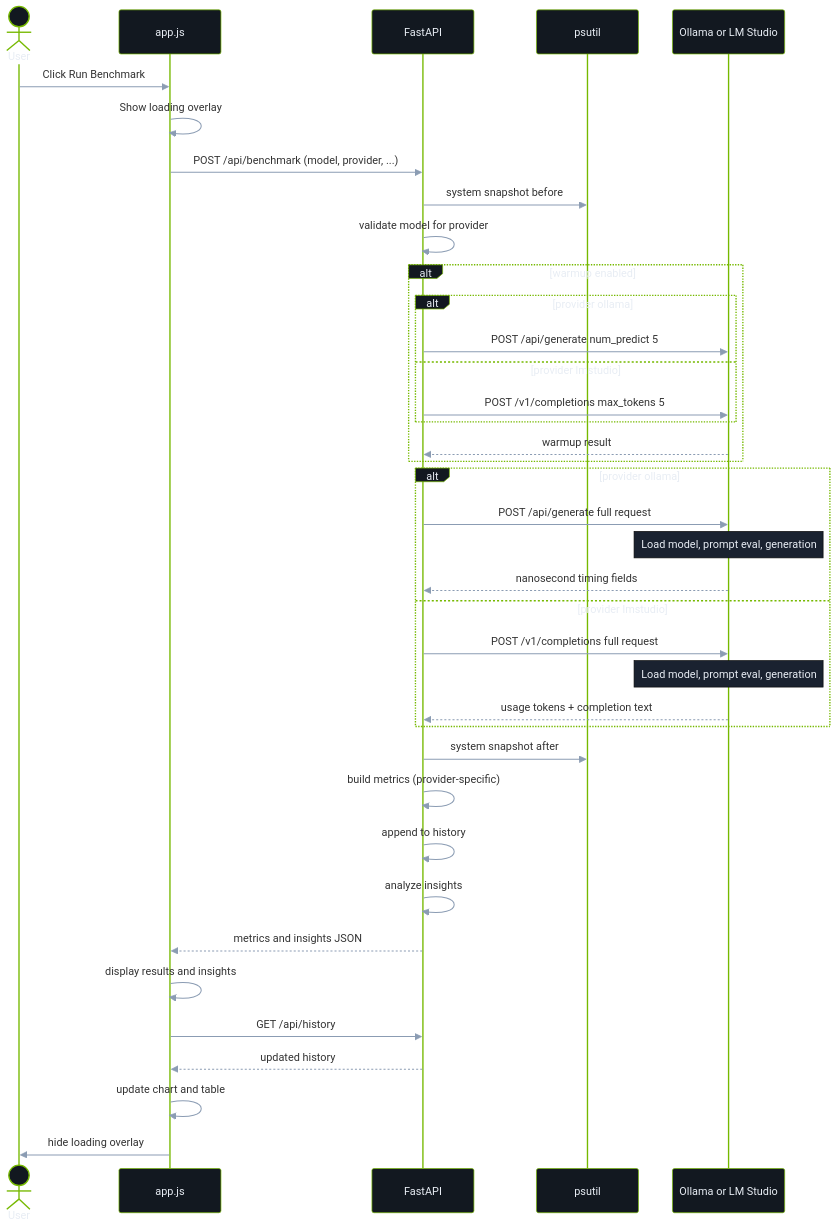
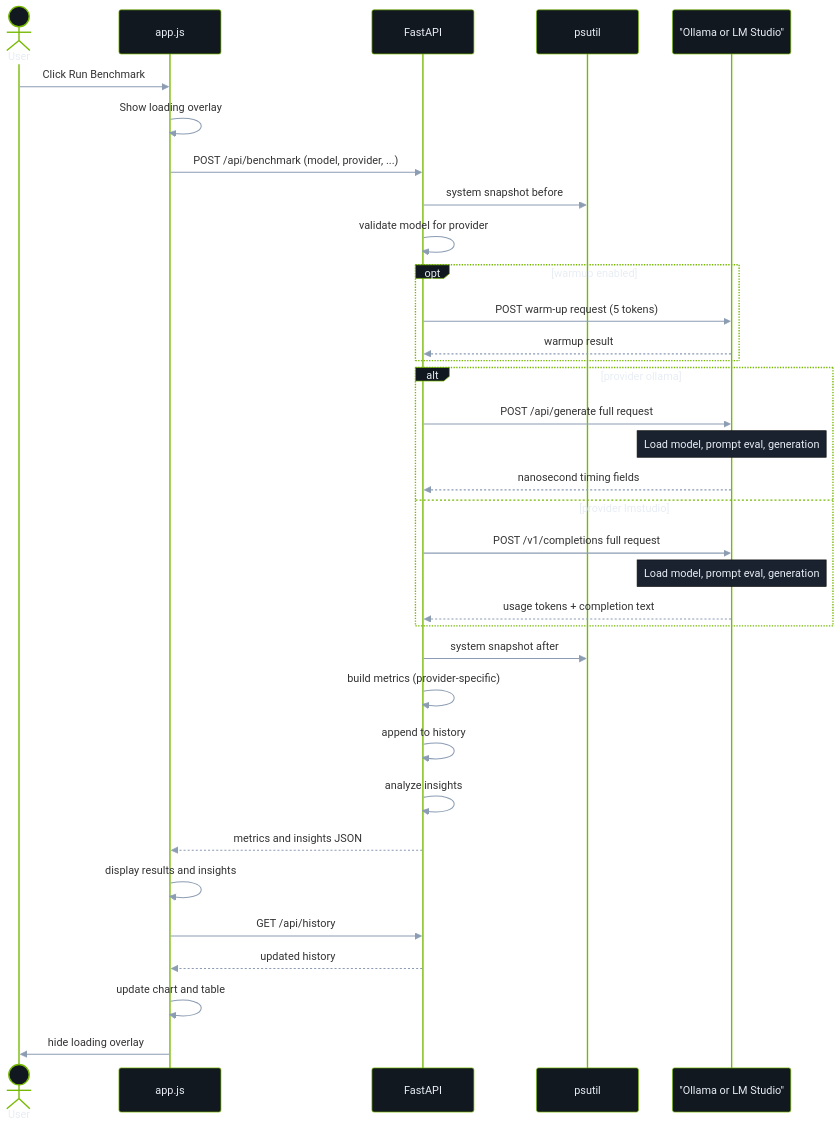
The fifth of 12 diagrams in DOCUMENTATION.md (vampokala/llm-dashboard), drawn with Mermaid before and after one commit. The commit also changed other lines of this file and 1 other file, not shown here.

Commit message:
Docs update mermaid syntax

````diff
--- a/DOCUMENTATION.md
+++ b/DOCUMENTATION.md
@@ -376,47 +376,43 @@
 ```mermaid
 %%{init: {"theme": "base", "themeVariables": {"actorBkg": "#121820", "actorBorder": "#76b900", "actorTextColor": "#e8edf4", "signalColor": "#8b9cb3", "noteBkgColor": "#1a2230", "noteTextColor": "#e8edf4", "activationBkgColor": "#1a2230", "sequenceNumberColor": "#76b900"}}}%%
 sequenceDiagram
     actor User
     participant UI as app.js
     participant API as FastAPI
     participant PS as psutil
-    participant Backend as Ollama or LM Studio
+    participant Backend as "Ollama or LM Studio"
 
     User->>UI: Click Run Benchmark
     UI->>UI: Show loading overlay
     UI->>API: POST /api/benchmark (model, provider, ...)
 
     API->>PS: system snapshot before
     API->>API: validate model for provider
 
-    alt warmup enabled
-        alt provider ollama
-            API->>Backend: POST /api/generate num_predict 5
-        else provider lmstudio
-            API->>Backend: POST /v1/completions max_tokens 5
-        end
+    opt warmup enabled
+        API->>Backend: POST warm-up request (5 tokens)
         Backend-->>API: warmup result
     end
 
     alt provider ollama
         API->>Backend: POST /api/generate full request
         Note over Backend: Load model, prompt eval, generation
         Backend-->>API: nanosecond timing fields
     else provider lmstudio
         API->>Backend: POST /v1/completions full request
         Note over Backend: Load model, prompt eval, generation
         Backend-->>API: usage tokens + completion text
     end
 
     API->>PS: system snapshot after
     API->>API: build metrics (provider-specific)
     API->>API: append to history
     API->>API: analyze insights
     API-->>UI: metrics and insights JSON
 
     UI->>UI: display results and insights
     UI->>API: GET /api/history
     API-->>UI: updated history
     UI->>UI: update chart and table
     UI->>User: hide loading overlay
 ```
````
